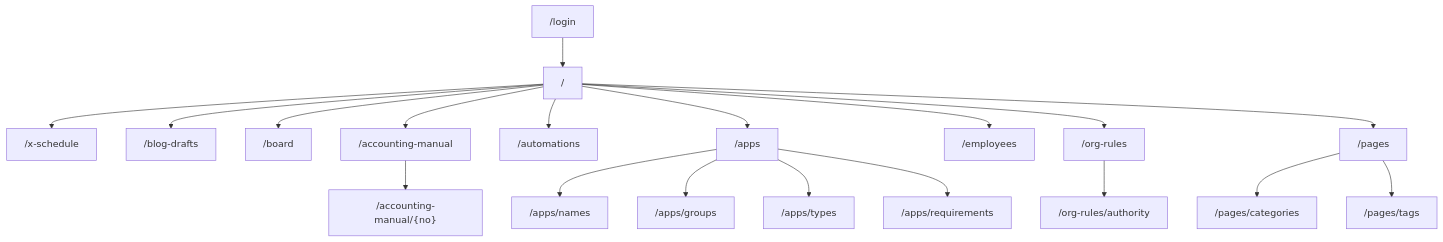
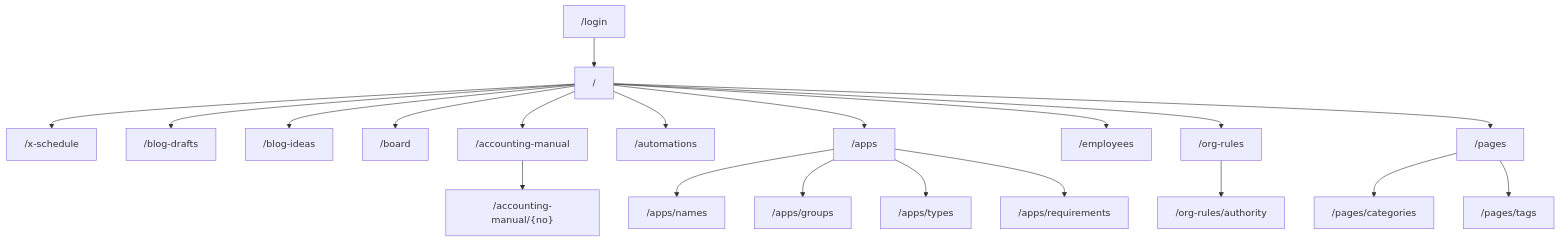
Before and after one commit to ssstakahashi/ai-org: the diagram in docs/interfaces.md, drawn with Mermaid. The commit also changed other lines of this file and 16 other files, not shown here.

````diff
--- a/docs/interfaces.md
+++ b/docs/interfaces.md
@@ -11,21 +11,22 @@
 ```mermaid
 flowchart TD
   Login["/login"] --> Home["/"]
   Home --> XSchedule["/x-schedule"]
   Home --> BlogDrafts["/blog-drafts"]
+  Home --> BlogIdeas["/blog-ideas"]
   Home --> Board["/board"]
   Home --> AccountingManual["/accounting-manual"]
   AccountingManual --> AccountingManualEntry["/accounting-manual/{no}"]
   Home --> Automations["/automations"]
   Home --> Apps["/apps"]
   Home --> Employees["/employees"]
   Home --> OrgRules["/org-rules"]
   Home --> Pages["/pages"]
   Apps --> AppNames["/apps/names"]
   Apps --> AppGroups["/apps/groups"]
   Apps --> AppTypes["/apps/types"]
   Apps --> AppReqs["/apps/requirements"]
   OrgRules --> Authority["/org-rules/authority"]
   Pages --> PageCats["/pages/categories"]
   Pages --> PageTags["/pages/tags"]
 ```
````
